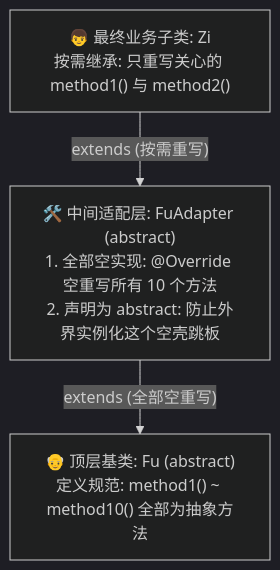
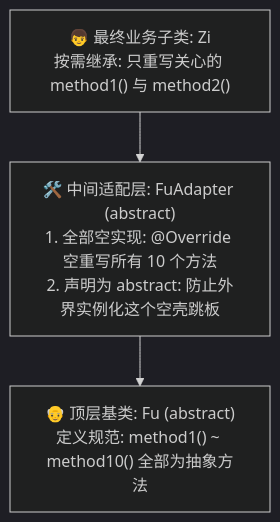
Before and after one commit to xingyuliu456/Java-Notes: the third of 5 diagrams in 06-Abstract-Class/README.md, drawn with Mermaid (dark theme). The commit also changed other lines of this file and 17 other files, not shown here.

````diff
--- a/06-Abstract-Class/README.md
+++ b/06-Abstract-Class/README.md
@@ -184,9 +184,9 @@
 ```mermaid
 graph TD
     Fu["👴 顶层基类: Fu (abstract)<br/>定义规范: method1() ~ method10() 全部为抽象方法"]
     Adapter["🛠️ 中间适配层: FuAdapter (abstract)<br/>1. 全部空实现: @Override 空重写所有 10 个方法<br/>2. 声明为 abstract: 防止外界实例化这个空壳跳板"]
     Zi["👦 最终业务子类: Zi<br/>按需继承: 只重写关心的 method1() 与 method2()"]
 
-    Adapter -->|"extends (全部空重写)"| Fu
-    Zi -->|"extends (按需重写)"| Adapter
+    Adapter --> Fu
+    Zi --> Adapter
 ```
````
